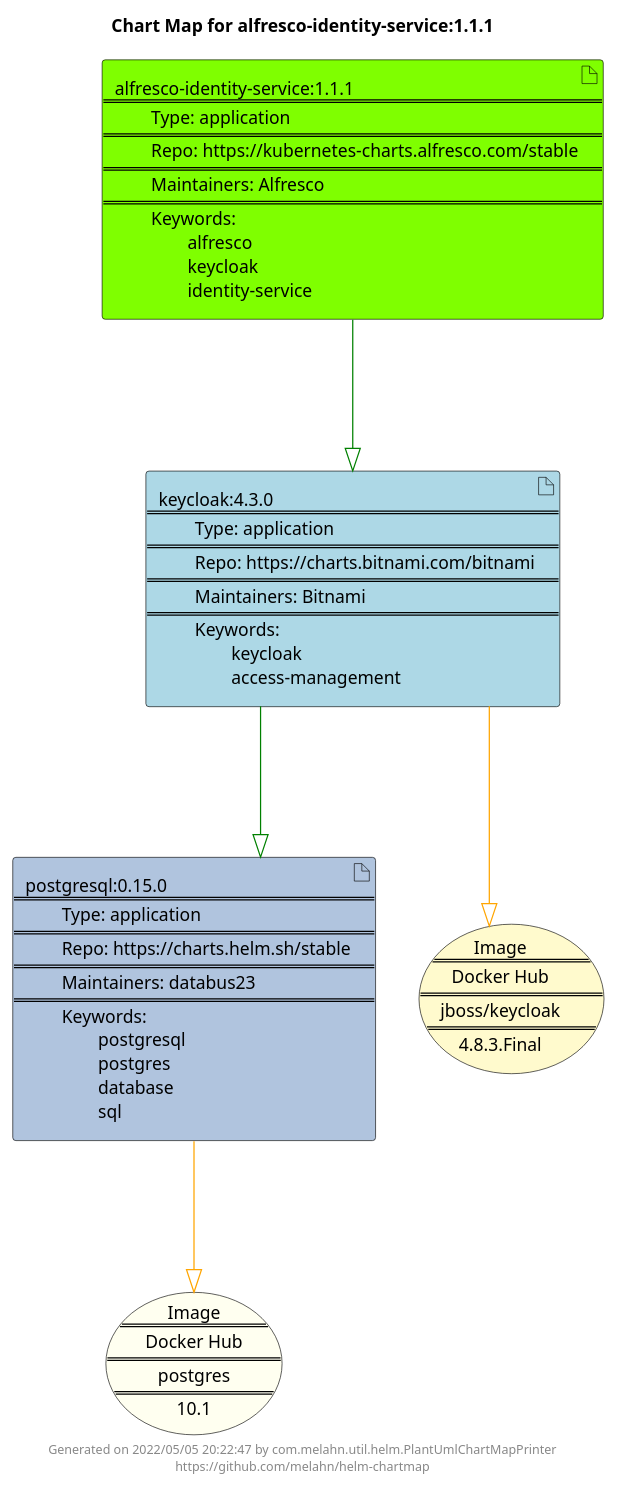
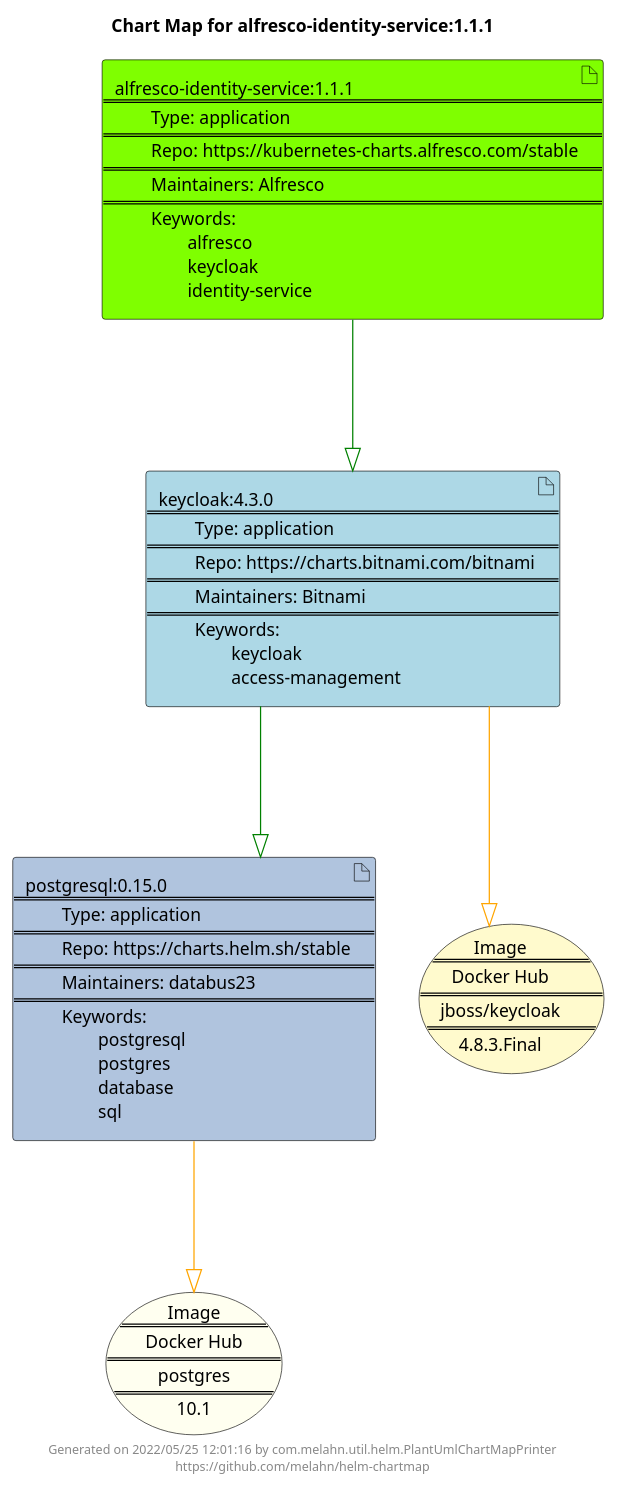
Before and after one commit to melahn/helm-chartmap: the diagram in docs/alfresco-identity-service/alfresco-identity-service-1.1.1.puml, drawn with PlantUML. The commit also changed 60 other files, not shown here.

```diff
--- a/docs/alfresco-identity-service/alfresco-identity-service-1.1.1.puml
+++ b/docs/alfresco-identity-service/alfresco-identity-service-1.1.1.puml
@@ -1,27 +1,27 @@
 @startuml
 skinparam linetype ortho
 skinparam backgroundColor white
 skinparam usecaseBorderColor black
 skinparam usecaseArrowColor LightSlateGray
 skinparam artifactBorderColor black
 skinparam artifactArrowColor LightSlateGray
 
 title Chart Map for alfresco-identity-service:1.1.1
 
 'There are 3 referenced Helm Charts
 artifact "postgresql:0.15.0\n====\n\tType: application\n====\n\tRepo: https://charts.helm.sh/stable\n====\n\tMaintainers: databus23\n====\n\tKeywords: \n\t\tpostgresql\n\t\tpostgres\n\t\tdatabase\n\t\tsql" as postgresql_0_15_0 #LightSteelBlue
 artifact "alfresco-identity-service:1.1.1\n====\n\tType: application\n====\n\tRepo: https://kubernetes-charts.alfresco.com/stable\n====\n\tMaintainers: Alfresco\n====\n\tKeywords: \n\t\talfresco\n\t\tkeycloak\n\t\tidentity-service" as alfresco_identity_service_1_1_1 #Chartreuse
 artifact "keycloak:4.3.0\n====\n\tType: application\n====\n\tRepo: https://charts.bitnami.com/bitnami\n====\n\tMaintainers: Bitnami\n====\n\tKeywords: \n\t\tkeycloak\n\t\taccess-management" as keycloak_4_3_0 #LightBlue
 
 'There are 2 referenced Docker Images
 usecase "Image\n====\nDocker Hub\n====\npostgres\n====\n10.1" as postgres_10_1 #Ivory
 usecase "Image\n====\nDocker Hub\n====\njboss/keycloak\n====\n4.8.3.Final" as jboss_keycloak_4_8_3_Final #LemonChiffon
 
 'Chart Dependencies
 alfresco_identity_service_1_1_1--[#green]-|>keycloak_4_3_0
 keycloak_4_3_0--[#green]-|>postgresql_0_15_0
 postgresql_0_15_0--[#orange]-|>postgres_10_1
 keycloak_4_3_0--[#orange]-|>jboss_keycloak_4_8_3_Final
 
-center footer Generated on 2022/05/05 20:22:47 by com.melahn.util.helm.PlantUmlChartMapPrinter\nhttps://github.com/melahn/helm-chartmap
+center footer Generated on 2022/05/25 12:01:16 by com.melahn.util.helm.PlantUmlChartMapPrinter\nhttps://github.com/melahn/helm-chartmap
 @enduml
```
